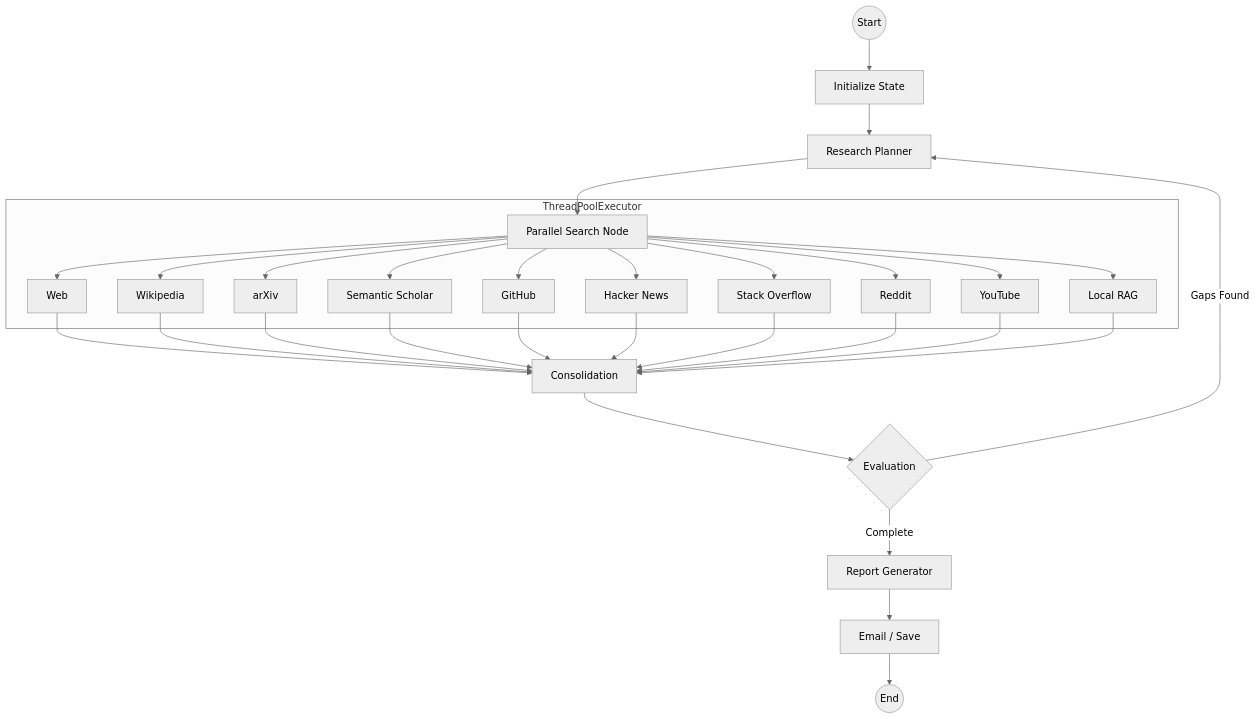
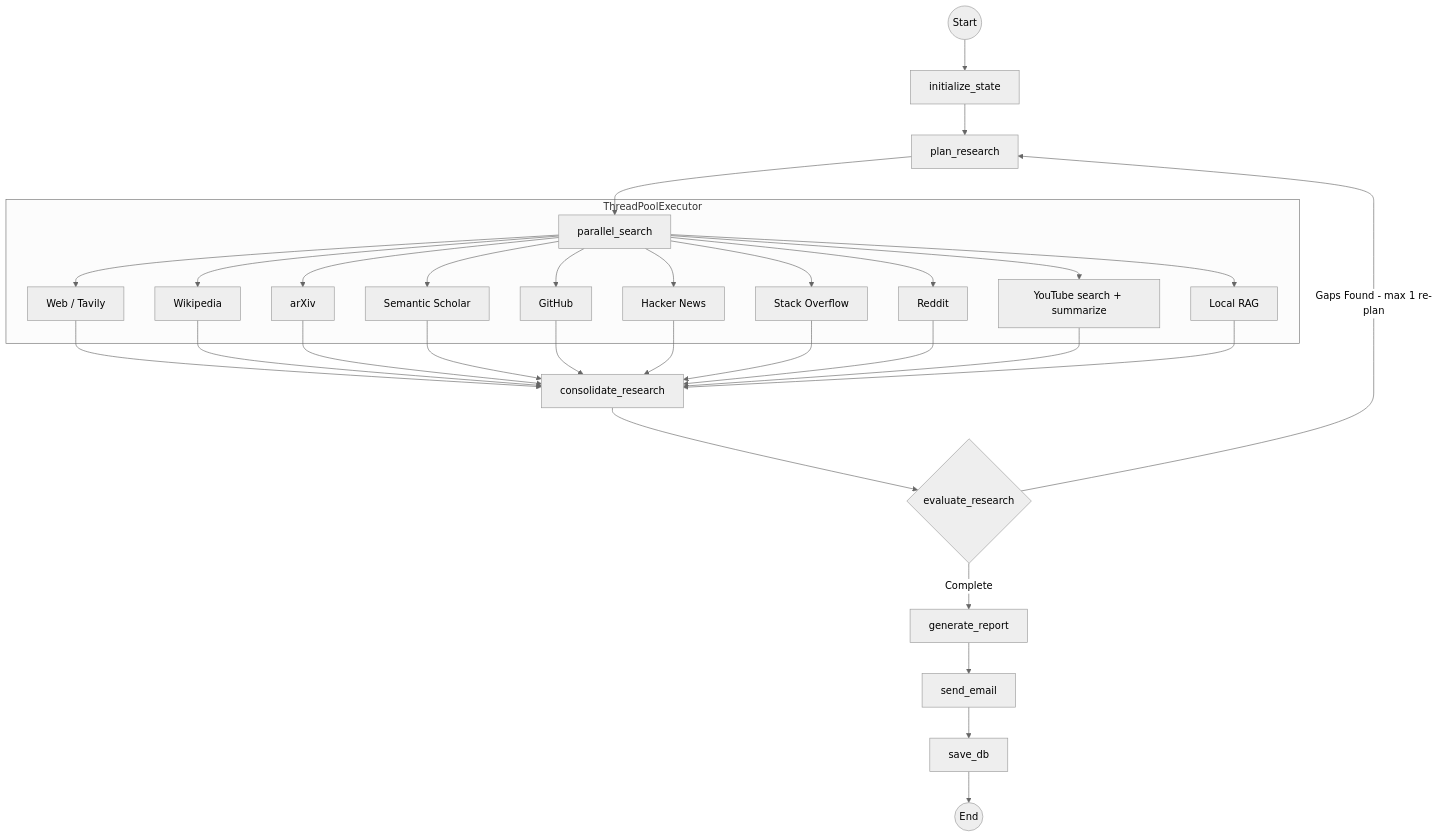
Before and after one commit to RobertoDeLaCamara/Research-Agent: the diagram in README.md, drawn with Mermaid (neutral theme). The commit also changed other lines of this file and 1 other file, not shown here.

Commit message:
docs: update architecture diagrams to reflect current graph implementation
- README: add save_db node, use node function names, label re-plan limit
- ARCHITECTURE.md: update parallel_search_node with timeout/progress details,
  fix Phase 5 to include save_db

````diff
--- a/README.md
+++ b/README.md
@@ -50,27 +50,28 @@
 ```mermaid
 graph TD
-    Start((Start)) --> Init[Initialize State]
-    Init --> Plan[Research Planner]
-    Plan --> Parallel[Parallel Search Node]
+    Start((Start)) --> Init[initialize_state]
+    Init --> Plan[plan_research]
+    Plan --> Parallel[parallel_search]
 
     subgraph ThreadPoolExecutor
-        Parallel --> Web[Web]
+        Parallel --> Web[Web / Tavily]
         Parallel --> Wiki[Wikipedia]
         Parallel --> Arxiv[arXiv]
         Parallel --> Scholar[Semantic Scholar]
         Parallel --> GH[GitHub]
         Parallel --> HN[Hacker News]
         Parallel --> SO[Stack Overflow]
         Parallel --> Reddit[Reddit]
-        Parallel --> YT[YouTube]
+        Parallel --> YT[YouTube search + summarize]
         Parallel --> RAG[Local RAG]
     end
 
-    Web & Wiki & Arxiv & Scholar & GH & HN & SO & Reddit & YT & RAG --> Synth[Consolidation]
-    Synth --> Eval{Evaluation}
+    Web & Wiki & Arxiv & Scholar & GH & HN & SO & Reddit & YT & RAG --> Synth[consolidate_research]
+    Synth --> Eval{evaluate_research}
 
-    Eval -->|Gaps Found| Plan
-    Eval -->|Complete| Report[Report Generator]
-    Report --> Email[Email / Save]
-    Email --> End((End))
+    Eval -->|Gaps Found - max 1 re-plan| Plan
+    Eval -->|Complete| Report[generate_report]
+    Report --> Email[send_email]
+    Email --> DB[save_db]
+    DB --> End((End))
 ```
````
